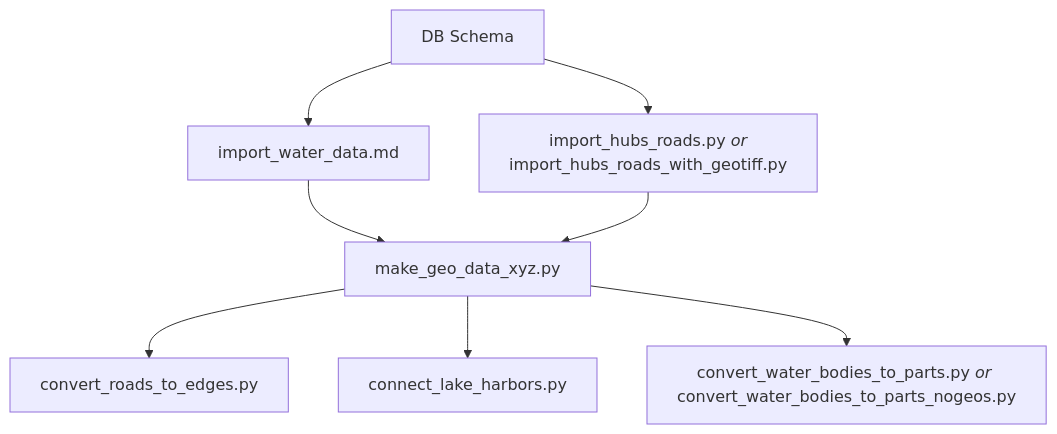
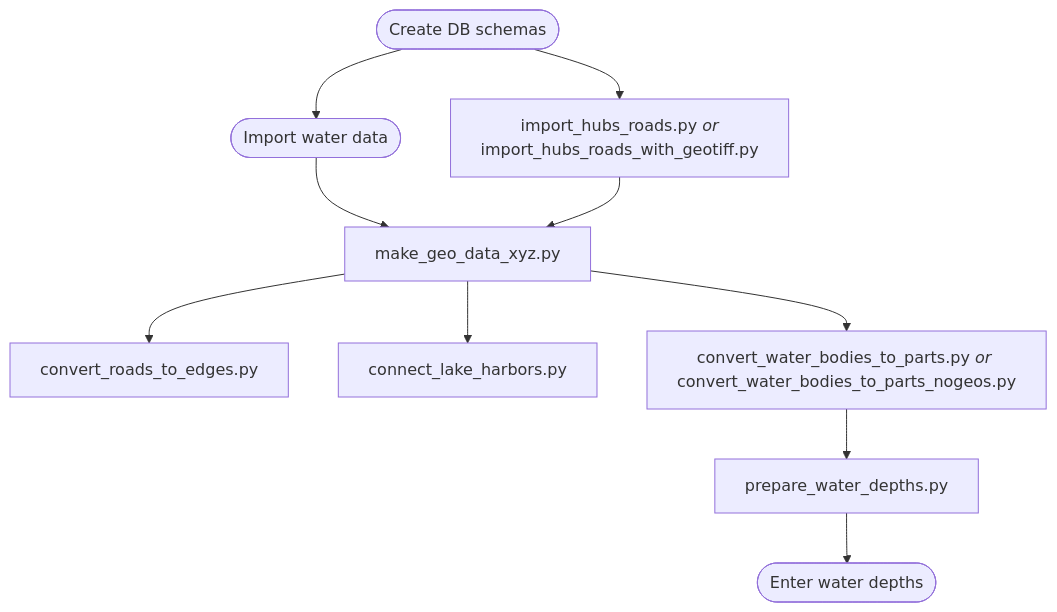
The diagram in precalculation/README.md (Simulation-of-Traffic-and-Transport/SiTT), drawn with Mermaid before and after one commit. The commit also changed other lines of this file and 3 other files, not shown here.

Commit message:
Implement prepare_water_depths.py

````diff
--- a/precalculation/README.md
+++ b/precalculation/README.md
@@ -9,21 +9,23 @@
 ```mermaid
 flowchart TD
-    schema["DB Schema"]
-    water["import_water_data.md"]
+    schema(["Create DB schemas"])
+    water(["Import water data"])
     hubs_roads["`import_hubs_roads.py *or*
     import_hubs_roads_with_geotiff.py`"]
     geo_data["make_geo_data_xyz.py"]
     convert_roads["convert_roads_to_edges.py"]
     convert_lakes["connect_lake_harbors.py"]
     convert_wb["`convert_water_bodies_to_parts.py *or* convert_water_bodies_to_parts_nogeos.py`"]
+    prepare_water_depths["prepare_water_depths.py"]
+    enter_depths(["Enter water depths"])
     
     schema --> water
     schema --> hubs_roads
     
     water --> geo_data
     hubs_roads --> geo_data
     
     geo_data --> convert_roads
     geo_data --> convert_lakes
-    geo_data --> convert_wb
+    geo_data --> convert_wb --> prepare_water_depths --> enter_depths
 ```
````
